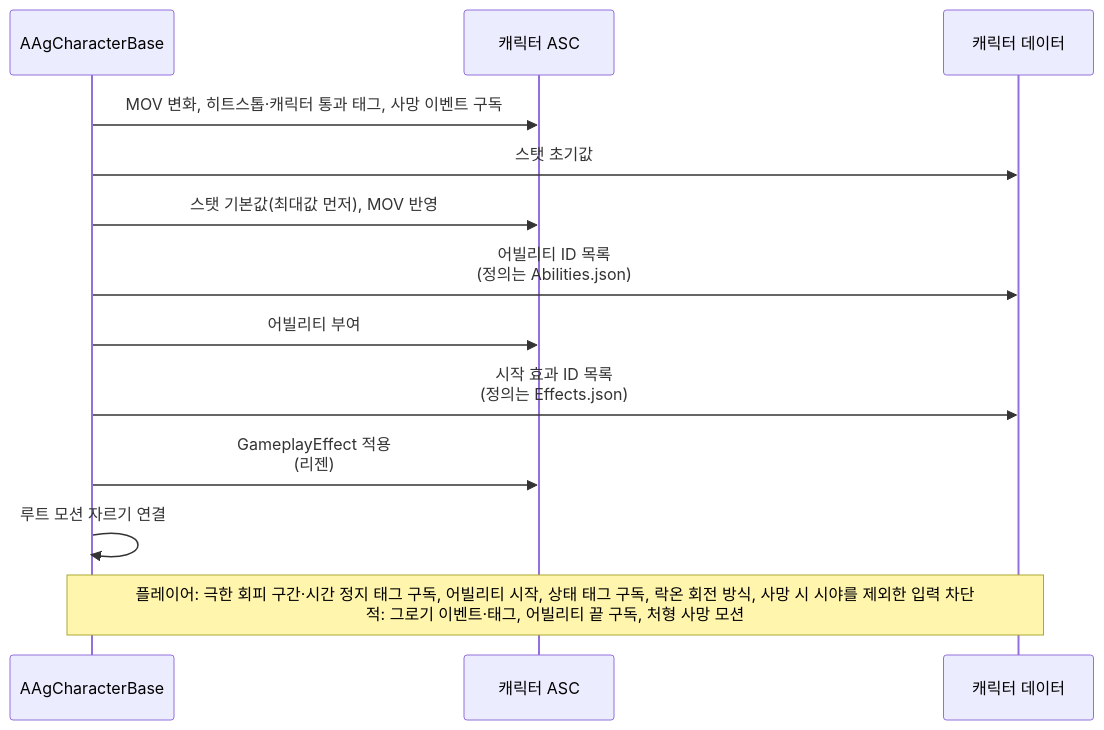
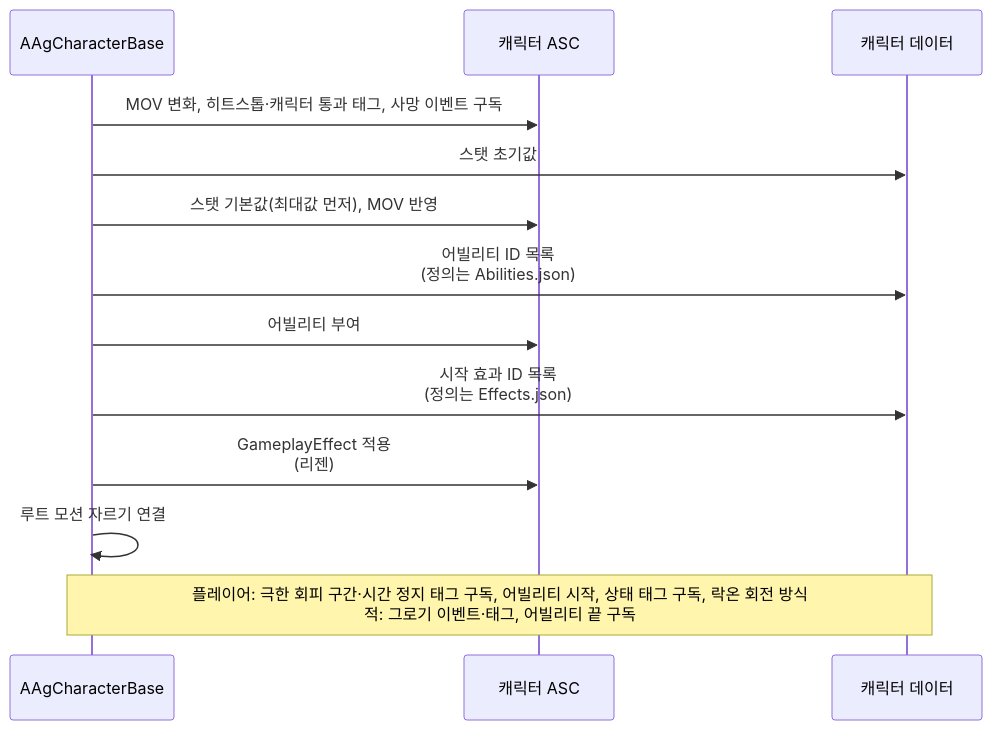
Before and after one commit to Woogl/Ag: the fourth of 6 diagrams in Docs/Architecture/캐릭터 기반 구조와 GAS.md, drawn with Mermaid. The commit also changed other lines of this file and 96 other files, not shown here.

````diff
--- a/Docs/Architecture/캐릭터 기반 구조와 GAS.md
+++ b/Docs/Architecture/캐릭터 기반 구조와 GAS.md
@@ -234,15 +234,15 @@
 ```mermaid
 sequenceDiagram
     participant C as AAgCharacterBase
     participant ASC as 캐릭터 ASC
     participant D as 캐릭터 데이터
     C->>ASC: MOV 변화, 히트스톱·캐릭터 통과 태그, 사망 이벤트 구독
     C->>D: 스탯 초기값
     C->>ASC: 스탯 기본값(최대값 먼저), MOV 반영
     C->>D: 어빌리티 ID 목록<br>(정의는 Abilities.json)
     C->>ASC: 어빌리티 부여
     C->>D: 시작 효과 ID 목록<br>(정의는 Effects.json)
     C->>ASC: GameplayEffect 적용<br>(리젠)
     C->>C: 루트 모션 자르기 연결
-    Note over C,D: 플레이어: 극한 회피 구간·시간 정지 태그 구독, 어빌리티 시작, 상태 태그 구독, 락온 회전 방식, 사망 시 시야를 제외한 입력 차단<br>적: 그로기 이벤트·태그, 어빌리티 끝 구독, 처형 사망 모션
+    Note over C,D: 플레이어: 극한 회피 구간·시간 정지 태그 구독, 어빌리티 시작, 상태 태그 구독, 락온 회전 방식<br>적: 그로기 이벤트·태그, 어빌리티 끝 구독
 ```
````
